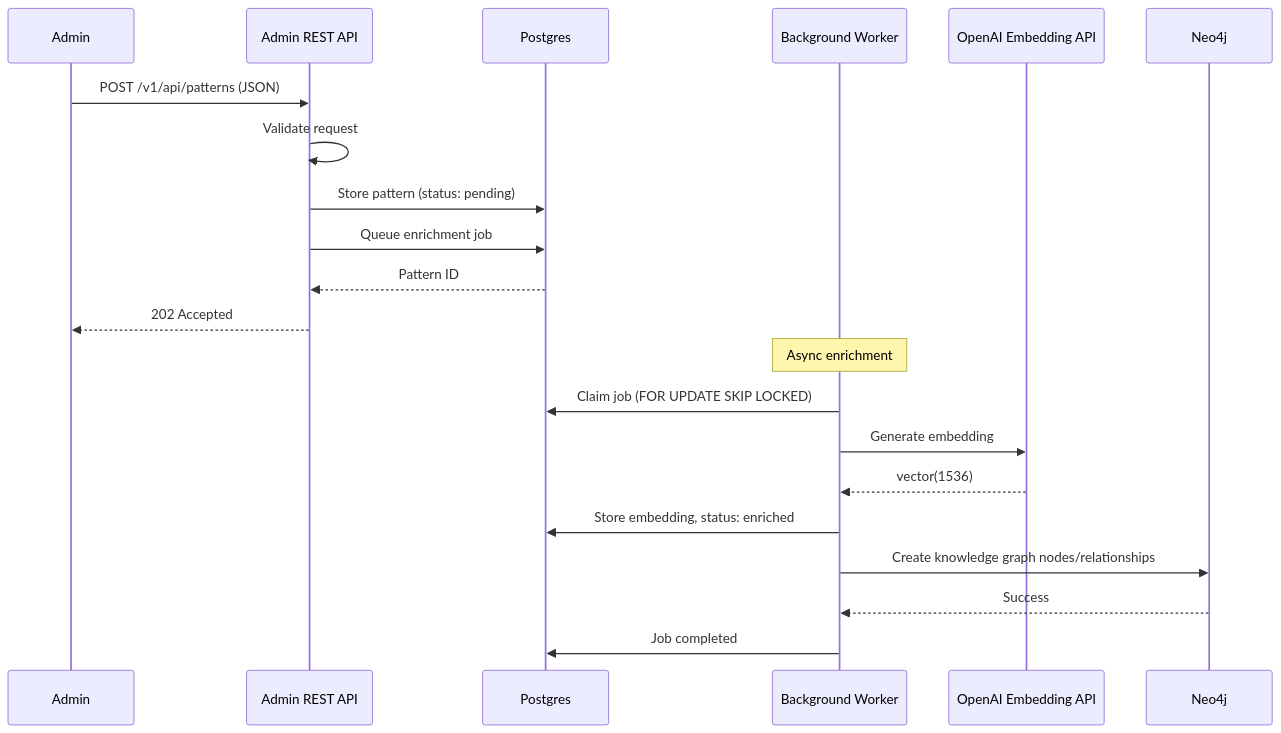
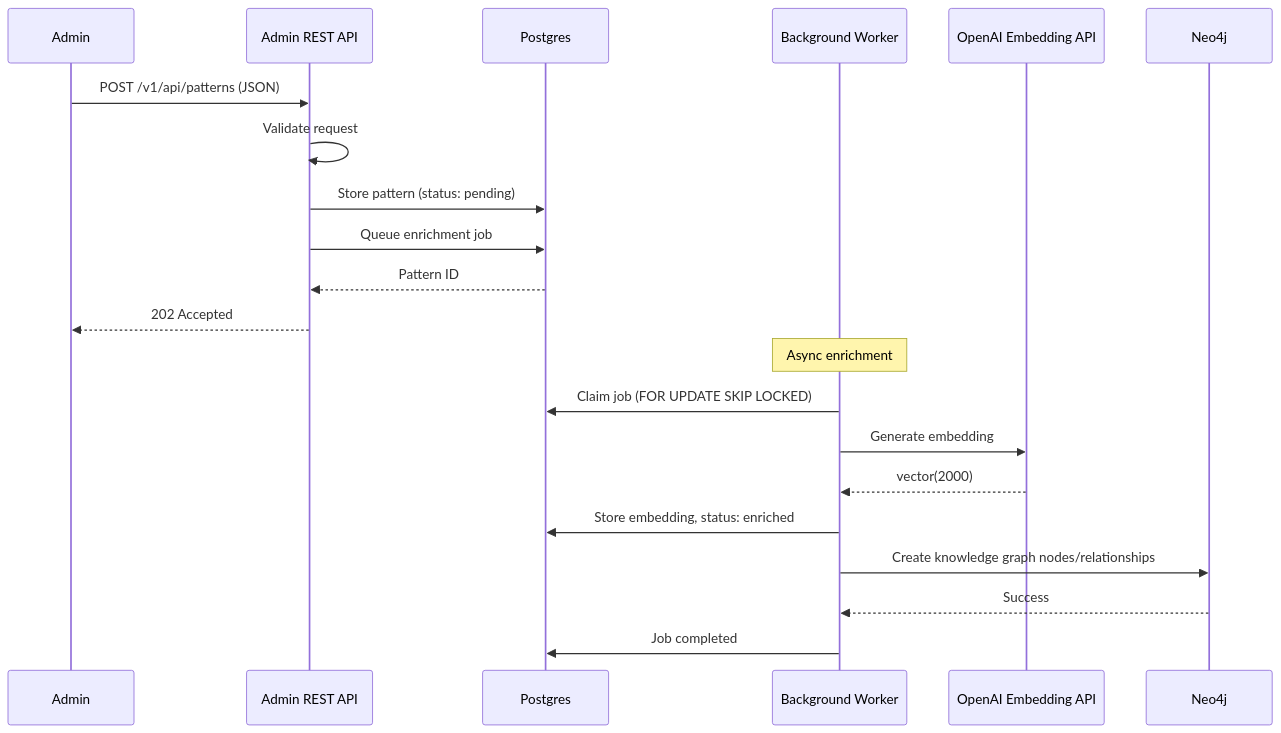
The third of 5 diagrams in docs/architecture/03-communication-patterns.md (twistingmercury/mnemonic-mcp), drawn with Mermaid before and after one commit. The commit also changed other lines of this file and 13 other files, not shown here.

````diff
--- a/docs/architecture/03-communication-patterns.md
+++ b/docs/architecture/03-communication-patterns.md
@@ -126,25 +126,25 @@
 ```mermaid
 sequenceDiagram
     participant Admin
     participant REST as Admin REST API
     participant PG as Postgres
     participant WORKER as Background Worker
     participant OPENAI as OpenAI Embedding API
     participant NEO as Neo4j
 
     Admin->>REST: POST /v1/api/patterns (JSON)
     REST->>REST: Validate request
     REST->>PG: Store pattern (status: pending)
     REST->>PG: Queue enrichment job
     PG-->>REST: Pattern ID
     REST-->>Admin: 202 Accepted
 
     Note over WORKER: Async enrichment
     WORKER->>PG: Claim job (FOR UPDATE SKIP LOCKED)
     WORKER->>OPENAI: Generate embedding
-    OPENAI-->>WORKER: vector(1536)
+    OPENAI-->>WORKER: vector(2000)
     WORKER->>PG: Store embedding, status: enriched
     WORKER->>NEO: Create knowledge graph nodes/relationships
     NEO-->>WORKER: Success
     WORKER->>PG: Job completed
 ```
````
